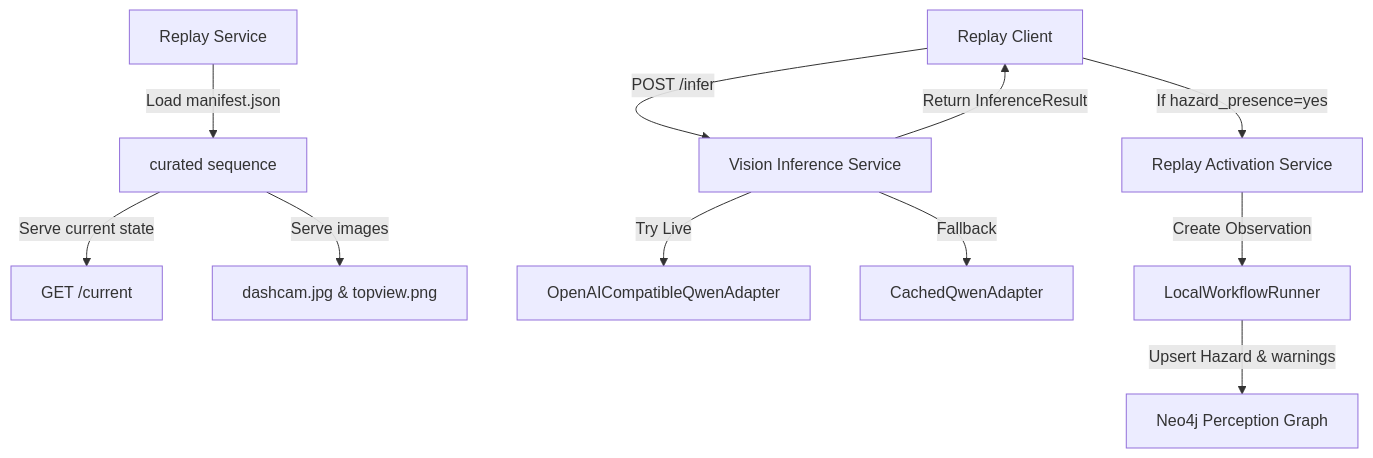
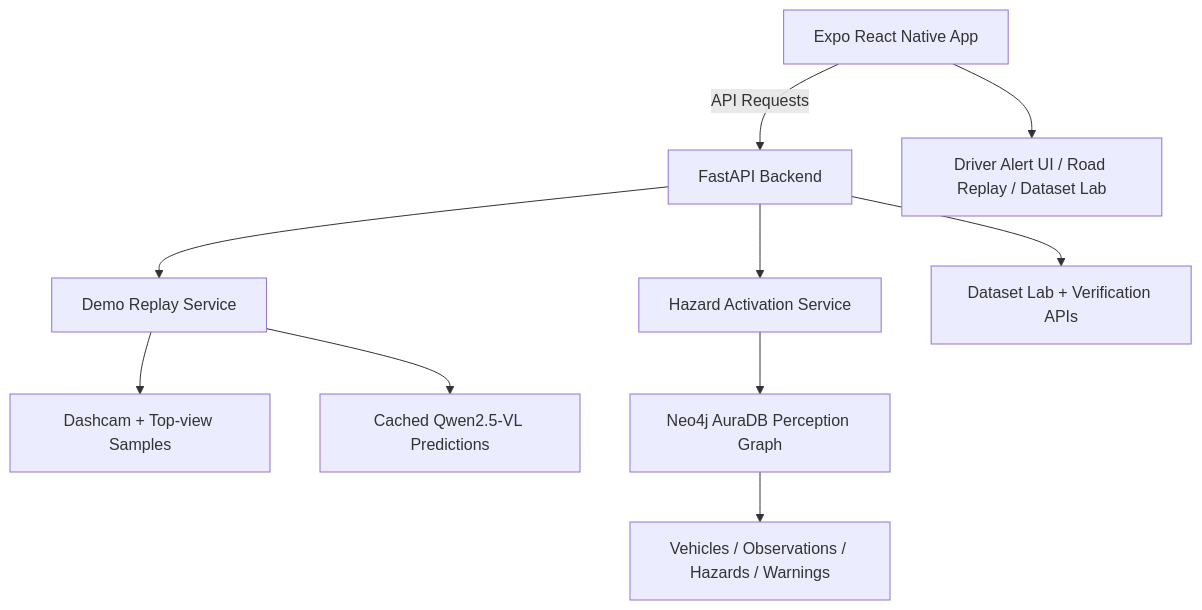
Before and after one commit to Gauth777/Sentinel: the diagram in README.md, drawn with Mermaid. The commit also changed other lines of this file, not shown here.

Commit message:
docs: update HackHazards submission README

````diff
--- a/README.md
+++ b/README.md
@@ -20,13 +174,12 @@
 ```mermaid
 graph TD
-    A[Replay Service] -->|Load manifest.json| B[curated sequence]
-    B -->|Serve current state| C[GET /current]
-    B -->|Serve images| D[dashcam.jpg & topview.png]
-    E[Replay Client] -->|POST /infer| F[Vision Inference Service]
-    F -->|Try Live| G[OpenAICompatibleQwenAdapter]
-    F -->|Fallback| H[CachedQwenAdapter]
-    F -->|Return InferenceResult| E
-    E -->|If hazard_presence=yes| I[Replay Activation Service]
-    I -->|Create Observation| J[LocalWorkflowRunner]
-    J -->|Upsert Hazard & warnings| K[Neo4j Perception Graph]
+    A[Expo React Native App] -->|API Requests| B[FastAPI Backend]
+    B --> C[Demo Replay Service]
+    C --> D[Dashcam + Top-view Samples]
+    C --> E[Cached Qwen2.5-VL Predictions]
+    B --> F[Hazard Activation Service]
+    F --> G[Neo4j AuraDB Perception Graph]
+    G --> H[Vehicles / Observations / Hazards / Warnings]
+    B --> I[Dataset Lab + Verification APIs]
+    A --> J[Driver Alert UI / Road Replay / Dataset Lab]
 ```
````
